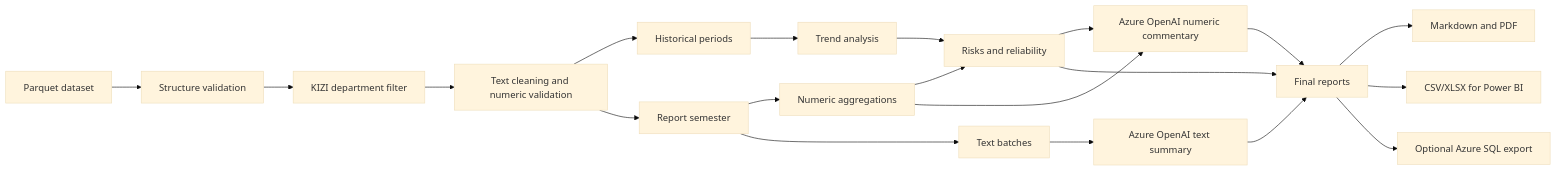
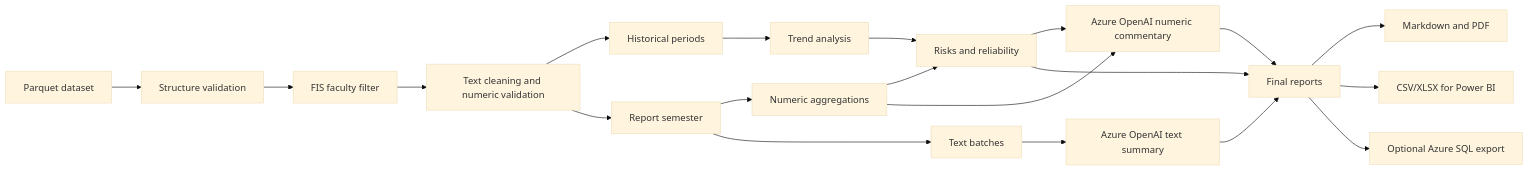
Before and after one commit to JanDite/Data_project: the diagram in README.md, drawn with Mermaid (base theme). The commit also changed other lines of this file, not shown here.

````diff
--- a/README.md
+++ b/README.md
@@ -141,22 +141,22 @@
 ```mermaid
 flowchart LR
     A[Parquet dataset] --> B[Structure validation]
-    B --> C[KIZI department filter]
+    B --> C[FIS faculty filter]
     C --> D[Text cleaning and numeric validation]
     D --> E[Historical periods]
     D --> F[Report semester]
     E --> G[Trend analysis]
     F --> H[Numeric aggregations]
     F --> I[Text batches]
     G --> J[Risks and reliability]
     H --> J
     I --> K[Azure OpenAI text summary]
     H --> L[Azure OpenAI numeric commentary]
     J --> L
     K --> M[Final reports]
     L --> M
     J --> M
     M --> N[Markdown and PDF]
     M --> O[CSV/XLSX for Power BI]
     M --> P[Optional Azure SQL export]
 ```
````
